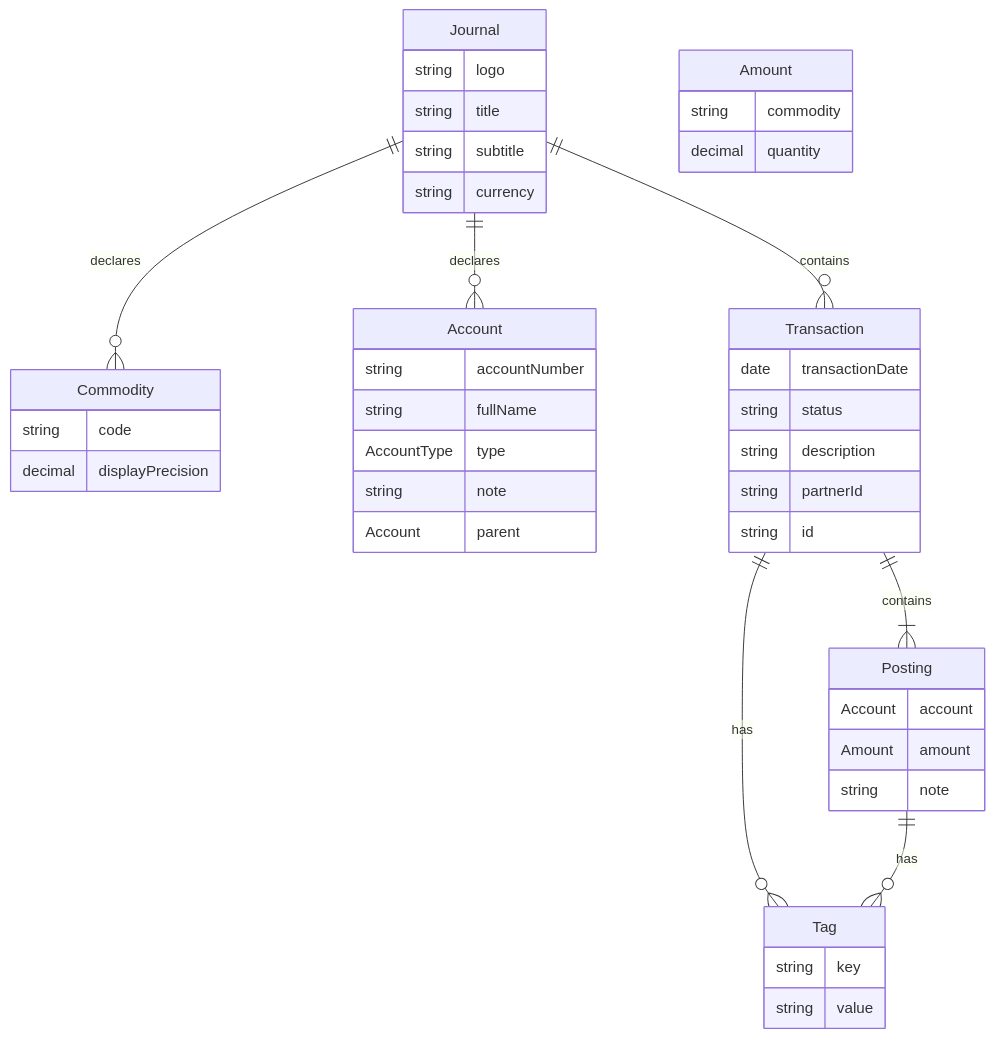
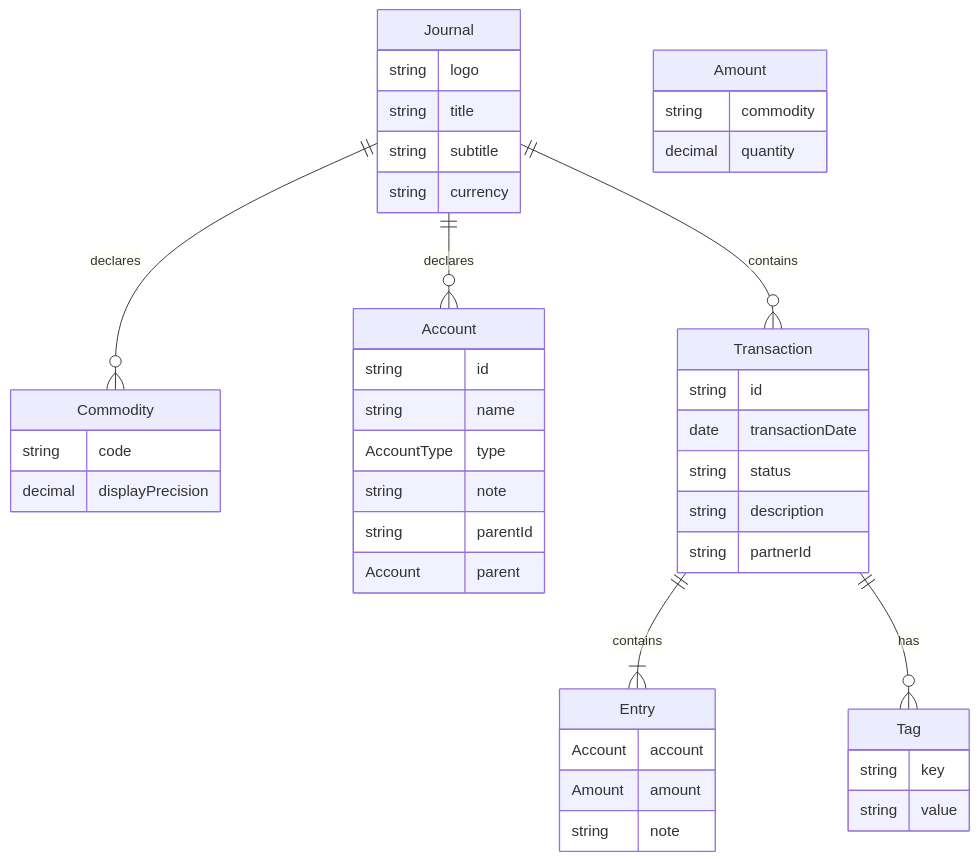
Before and after one commit to abstratium-dev/abstraccount: the first of 2 diagrams in docs/DATA_MODEL.md, drawn with Mermaid. The commit also changed other lines of this file and 62 other files, not shown here.

````diff
--- a/docs/DATA_MODEL.md
+++ b/docs/DATA_MODEL.md
@@ -15,52 +15,52 @@
 ```mermaid
 erDiagram
     Journal ||--o{ Commodity : "declares"
     Journal ||--o{ Account : "declares"
     Journal ||--o{ Transaction : "contains"
     Journal {
         string logo
         string title
         string subtitle
         string currency
     }
     
     Commodity {
         string code
         decimal displayPrecision
     }
     
     Account {
-        string accountNumber
-        string fullName
+        string id
+        string name
         AccountType type
         string note
+        string parentId
         Account parent
     }
     
-    Transaction ||--|{ Posting : "contains"
+    Transaction ||--|{ Entry : "contains"
     Transaction ||--o{ Tag : "has"
     Transaction {
+        string id
         date transactionDate
         string status
         string description
         string partnerId
-        string id
     }
     
-    Posting ||--o{ Tag : "has"
-    Posting {
+    Entry {
         Account account
         Amount amount
         string note
     }
     
     Amount {
         string commodity
         decimal quantity
     }
     
     Tag {
         string key
         string value
     }
 ```
````
